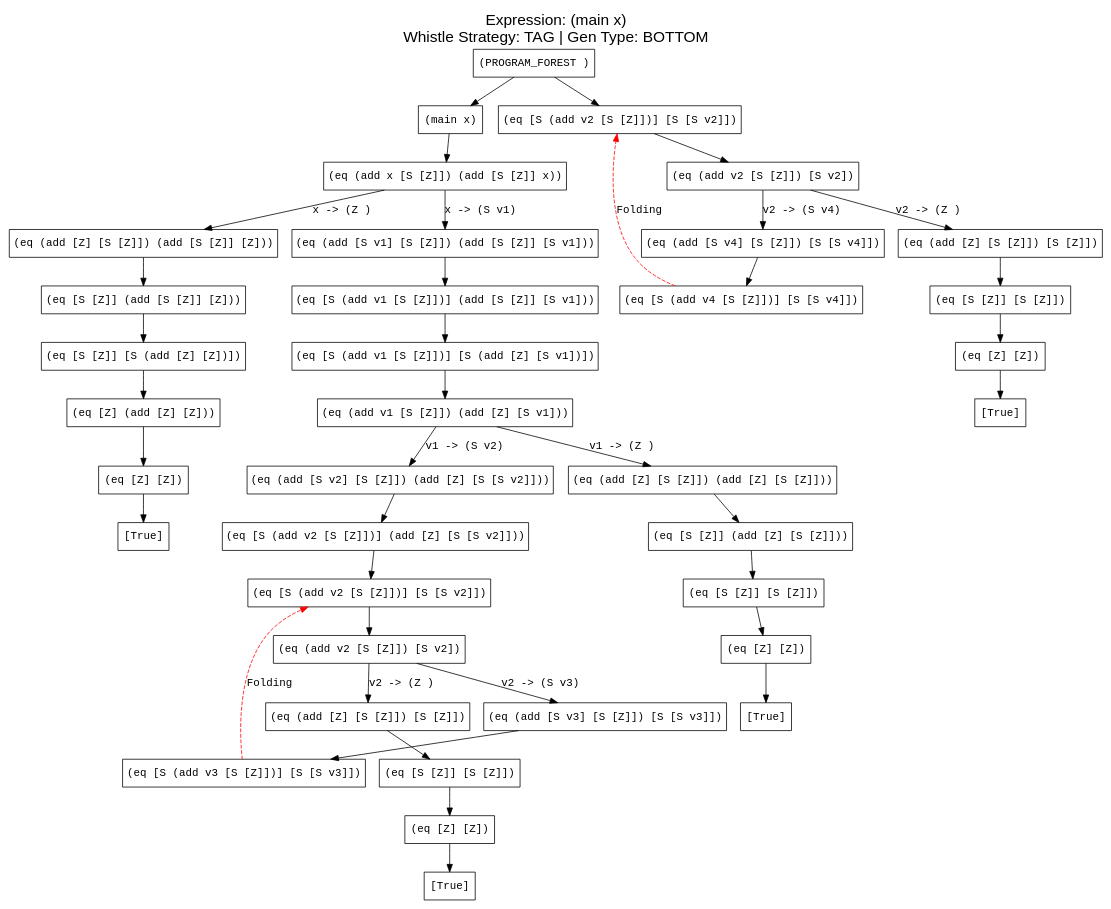
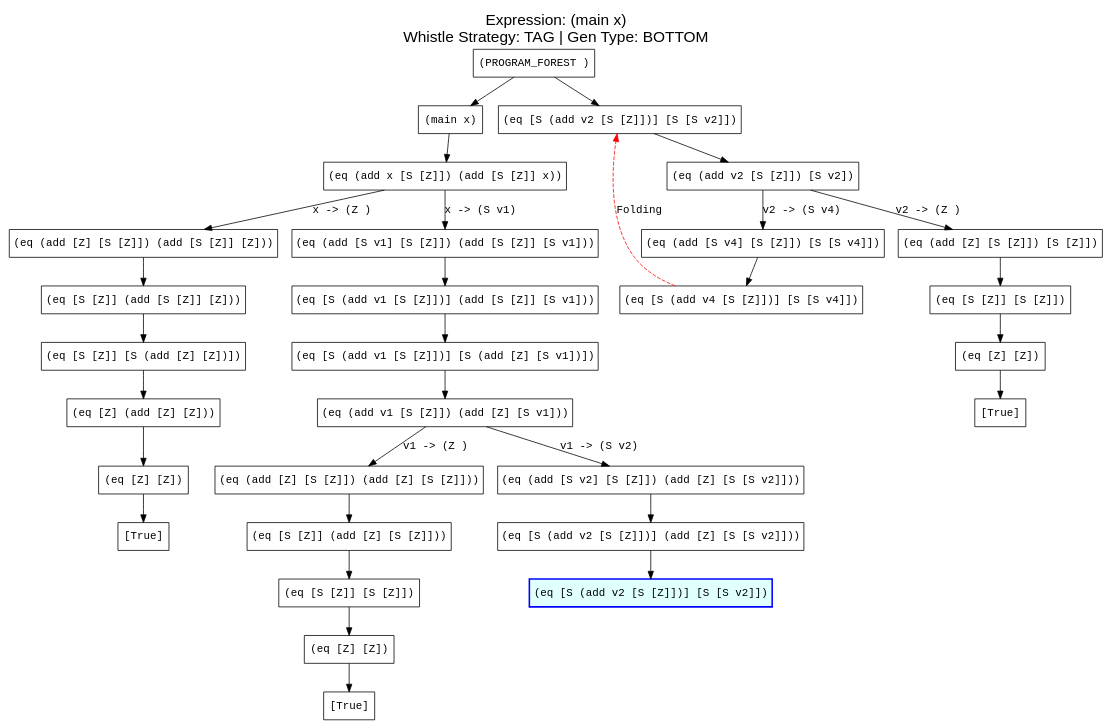
Before and after one commit to makezh/coursework_supercompiler: the diagram in output/commute/tag_bottom.dot, drawn with Graphviz. The commit also changed 2 other files, not shown here.

```diff
--- a/output/commute/tag_bottom.dot
+++ b/output/commute/tag_bottom.dot
@@ -1,82 +1,67 @@
 digraph ProcessTree {
   label="Expression: (main x)\nWhistle Strategy: TAG | Gen Type: BOTTOM";
   labelloc="t";
   fontsize=20;
   fontname="Arial";
 
     node [fontname="Courier New"];
     edge [fontname="Courier New"];
     n0 [label="(PROGRAM_FOREST )", shape=box];
     n0 -> n1 [label=""];
     n0 -> n2 [label=""];
     n1 [label="(main x)", shape=box];
     n1 -> n3 [label=""];
     n2 [label="(eq [S (add v2 [S [Z]])] [S [S v2]])", shape=box];
     n2 -> n4 [label=""];
     n3 [label="(eq (add x [S [Z]]) (add [S [Z]] x))", shape=box];
     n3 -> n5 [label="x -> (S v1)"];
     n3 -> n6 [label="x -> (Z )"];
     n4 [label="(eq (add v2 [S [Z]]) [S v2])", shape=box];
     n4 -> n7 [label="v2 -> (S v4)"];
     n4 -> n8 [label="v2 -> (Z )"];
     n5 [label="(eq (add [S v1] [S [Z]]) (add [S [Z]] [S v1]))", shape=box];
     n5 -> n9 [label=""];
     n6 [label="(eq (add [Z] [S [Z]]) (add [S [Z]] [Z]))", shape=box];
     n6 -> n10 [label=""];
     n7 [label="(eq (add [S v4] [S [Z]]) [S [S v4]])", shape=box];
     n7 -> n11 [label=""];
     n8 [label="(eq (add [Z] [S [Z]]) [S [Z]])", shape=box];
     n8 -> n12 [label=""];
     n9 [label="(eq [S (add v1 [S [Z]])] (add [S [Z]] [S v1]))", shape=box];
     n9 -> n13 [label=""];
     n10 [label="(eq [S [Z]] (add [S [Z]] [Z]))", shape=box];
     n10 -> n14 [label=""];
     n11 [label="(eq [S (add v4 [S [Z]])] [S [S v4]])", shape=box];
     n11 -> n2 [style=dashed, color=red, label="Folding"];
     n12 [label="(eq [S [Z]] [S [Z]])", shape=box];
     n12 -> n15 [label=""];
     n13 [label="(eq [S (add v1 [S [Z]])] [S (add [Z] [S v1])])", shape=box];
     n13 -> n16 [label=""];
     n14 [label="(eq [S [Z]] [S (add [Z] [Z])])", shape=box];
     n14 -> n17 [label=""];
     n15 [label="(eq [Z] [Z])", shape=box];
     n15 -> n18 [label=""];
     n16 [label="(eq (add v1 [S [Z]]) (add [Z] [S v1]))", shape=box];
     n16 -> n19 [label="v1 -> (S v2)"];
     n16 -> n20 [label="v1 -> (Z )"];
     n17 [label="(eq [Z] (add [Z] [Z]))", shape=box];
     n17 -> n21 [label=""];
     n18 [label="[True]", shape=box];
     n19 [label="(eq (add [S v2] [S [Z]]) (add [Z] [S [S v2]]))", shape=box];
     n19 -> n22 [label=""];
     n20 [label="(eq (add [Z] [S [Z]]) (add [Z] [S [Z]]))", shape=box];
     n20 -> n23 [label=""];
     n21 [label="(eq [Z] [Z])", shape=box];
     n21 -> n24 [label=""];
     n22 [label="(eq [S (add v2 [S [Z]])] (add [Z] [S [S v2]]))", shape=box];
     n22 -> n25 [label=""];
     n23 [label="(eq [S [Z]] (add [Z] [S [Z]]))", shape=box];
     n23 -> n26 [label=""];
     n24 [label="[True]", shape=box];
-    n25 [label="(eq [S (add v2 [S [Z]])] [S [S v2]])", shape=box];
-    n25 -> n27 [label=""];
+    n25 [label="(eq [S (add v2 [S [Z]])] [S [S v2]])", shape=box, style="filled", fillcolor="lightcyan", color="blue", penwidth=2.0];
     n26 [label="(eq [S [Z]] [S [Z]])", shape=box];
-    n26 -> n28 [label=""];
-    n27 [label="(eq (add v2 [S [Z]]) [S v2])", shape=box];
-    n27 -> n29 [label="v2 -> (S v3)"];
-    n27 -> n30 [label="v2 -> (Z )"];
-    n28 [label="(eq [Z] [Z])", shape=box];
-    n28 -> n31 [label=""];
-    n29 [label="(eq (add [S v3] [S [Z]]) [S [S v3]])", shape=box];
-    n29 -> n32 [label=""];
-    n30 [label="(eq (add [Z] [S [Z]]) [S [Z]])", shape=box];
-    n30 -> n33 [label=""];
-    n31 [label="[True]", shape=box];
-    n32 [label="(eq [S (add v3 [S [Z]])] [S [S v3]])", shape=box];
-    n32 -> n25 [style=dashed, color=red, label="Folding"];
-    n33 [label="(eq [S [Z]] [S [Z]])", shape=box];
-    n33 -> n34 [label=""];
-    n34 [label="(eq [Z] [Z])", shape=box];
-    n34 -> n35 [label=""];
-    n35 [label="[True]", shape=box];
+    n26 -> n27 [label=""];
+    n27 [label="(eq [Z] [Z])", shape=box];
+    n27 -> n28 [label=""];
+    n28 [label="[True]", shape=box];
 }
```
